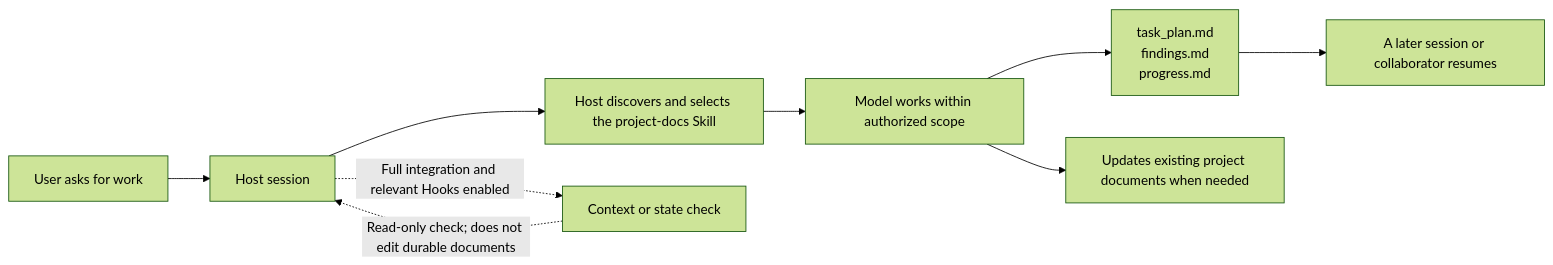
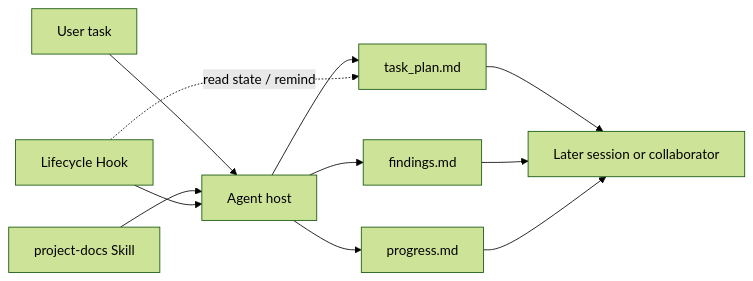
The diagram in README.en.md (psiQAQ/planweft), drawn with Mermaid (forest theme) before and after one commit. The commit also changed other lines of this file and 88 other files, not shown here.

````diff
--- a/README.en.md
+++ b/README.en.md
@@ -82,11 +45,13 @@
 ```mermaid
 flowchart LR
-    U[User asks for work] --> H[Host session]
-    H --> S[Host discovers and selects the project-docs Skill]
-    S --> M[Model works within authorized scope]
-    M --> P[task_plan.md\nfindings.md\nprogress.md]
-    M --> D[Updates existing project documents when needed]
-    P --> N[A later session or collaborator resumes]
-    H -. Full integration and relevant Hooks enabled .-> K[Context or state check]
-    K -. Read-only check; does not edit durable documents .-> H
+    U[User task] --> A[Agent host]
+    S[project-docs Skill] --> A
+    H[Lifecycle Hook] --> A
+    A --> P[task_plan.md]
+    A --> F[findings.md]
+    A --> G[progress.md]
+    P --> N[Later session or collaborator]
+    F --> N
+    G --> N
+    H -. read state / remind .-> P
 ```
````
